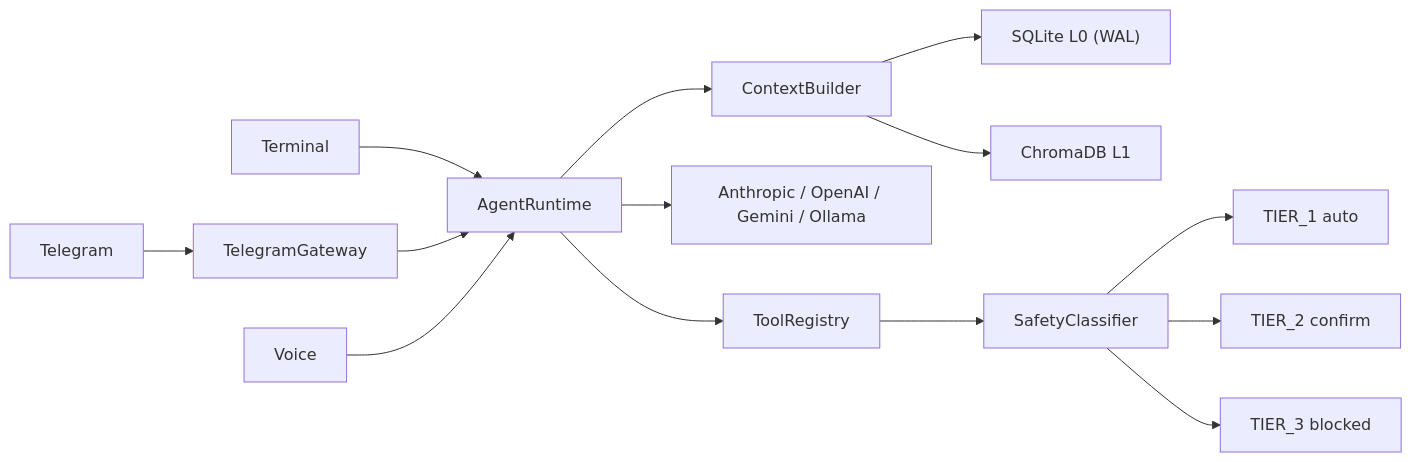
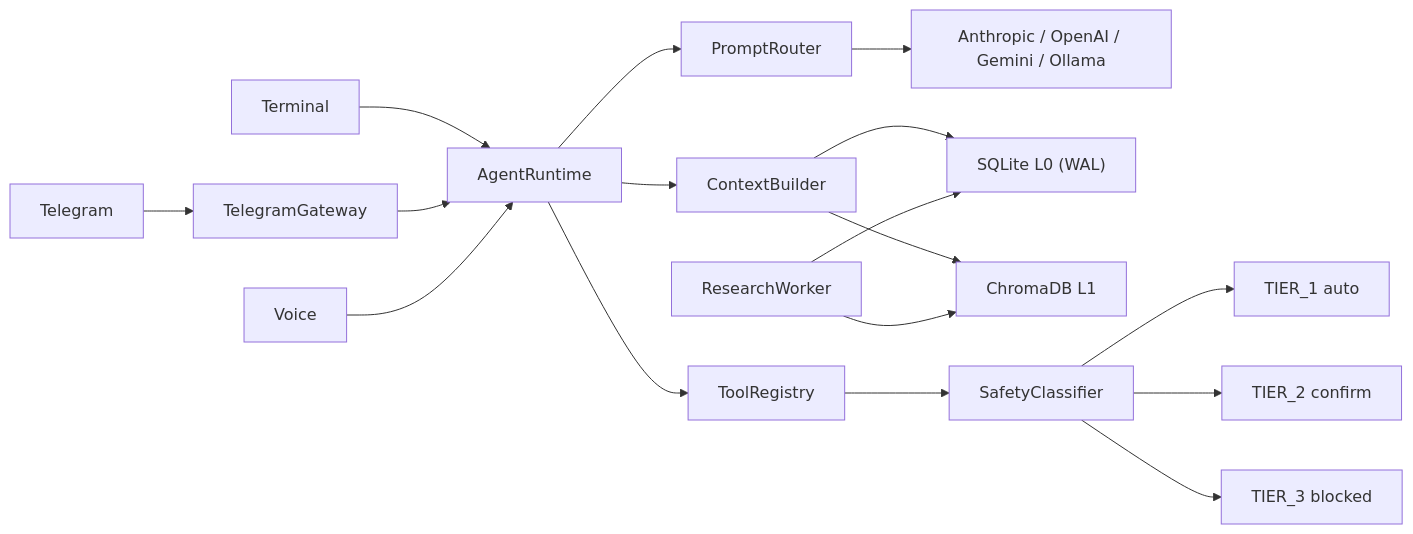
The diagram in README.md (ign24/emergent), drawn with Mermaid before and after one commit. The commit also changed other lines of this file and 1 other file, not shown here.

````diff
--- a/README.md
+++ b/README.md
@@ -30,15 +31,17 @@
 ```mermaid
 flowchart LR
   Terminal --> AgentRuntime
   Telegram --> TelegramGateway --> AgentRuntime
   Voice --> AgentRuntime
   AgentRuntime --> ContextBuilder
-  AgentRuntime --> LLMProvider["Anthropic / OpenAI / Gemini / Ollama"]
+  AgentRuntime --> PromptRouter --> LLMProvider["Anthropic / OpenAI / Gemini / Ollama"]
   AgentRuntime --> ToolRegistry
   ContextBuilder --> SQLite["SQLite L0 (WAL)"]
   ContextBuilder --> ChromaDB["ChromaDB L1"]
   ToolRegistry --> SafetyClassifier
   SafetyClassifier --> Tier1["TIER_1 auto"]
   SafetyClassifier --> Tier2["TIER_2 confirm"]
   SafetyClassifier --> Tier3["TIER_3 blocked"]
+  ResearchWorker --> SQLite
+  ResearchWorker --> ChromaDB
 ```
````
